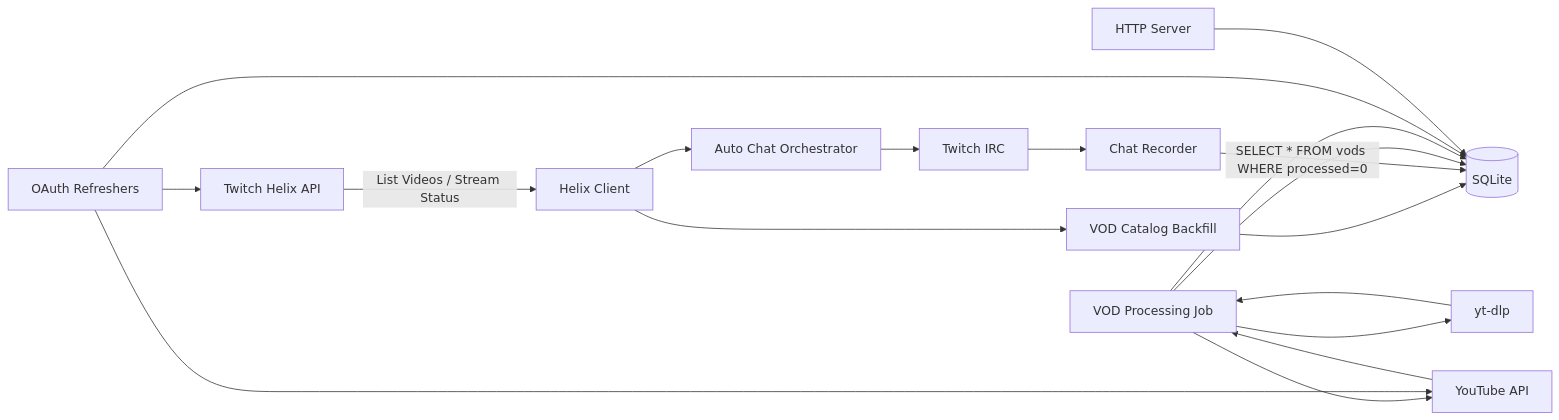
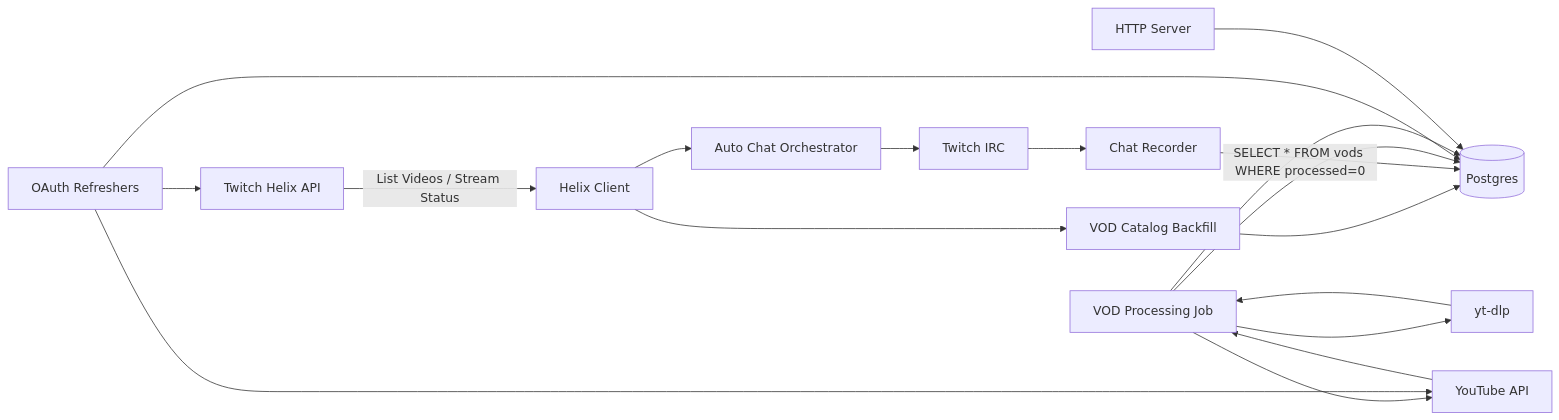
The first of 4 diagrams in docs/ARCHITECTURE.md (subculture-collective/vod-tender), drawn with Mermaid before and after one commit. The commit also changed other lines of this file and 12 other files, not shown here.

````diff
--- a/docs/ARCHITECTURE.md
+++ b/docs/ARCHITECTURE.md
@@ -194,20 +194,20 @@
 ```mermaid
 flowchart LR
    A[Twitch Helix API] -->|List Videos / Stream Status| B[Helix Client]
    B --> C[VOD Catalog Backfill]
    B --> D[Auto Chat Orchestrator]
    D --> E[Twitch IRC]
    E --> F[Chat Recorder]
-   C --> G[(SQLite)]
+   C --> G[(Postgres)]
    F --> G
    H[VOD Processing Job] -->|SELECT * FROM vods WHERE processed=0| G
    H --> I[yt-dlp]
    I --> H
    H --> J[YouTube API]
    J --> H
    H --> G
    K[OAuth Refreshers] --> A
    K --> J
    K --> G
    L[HTTP Server] --> G
 ```
````
